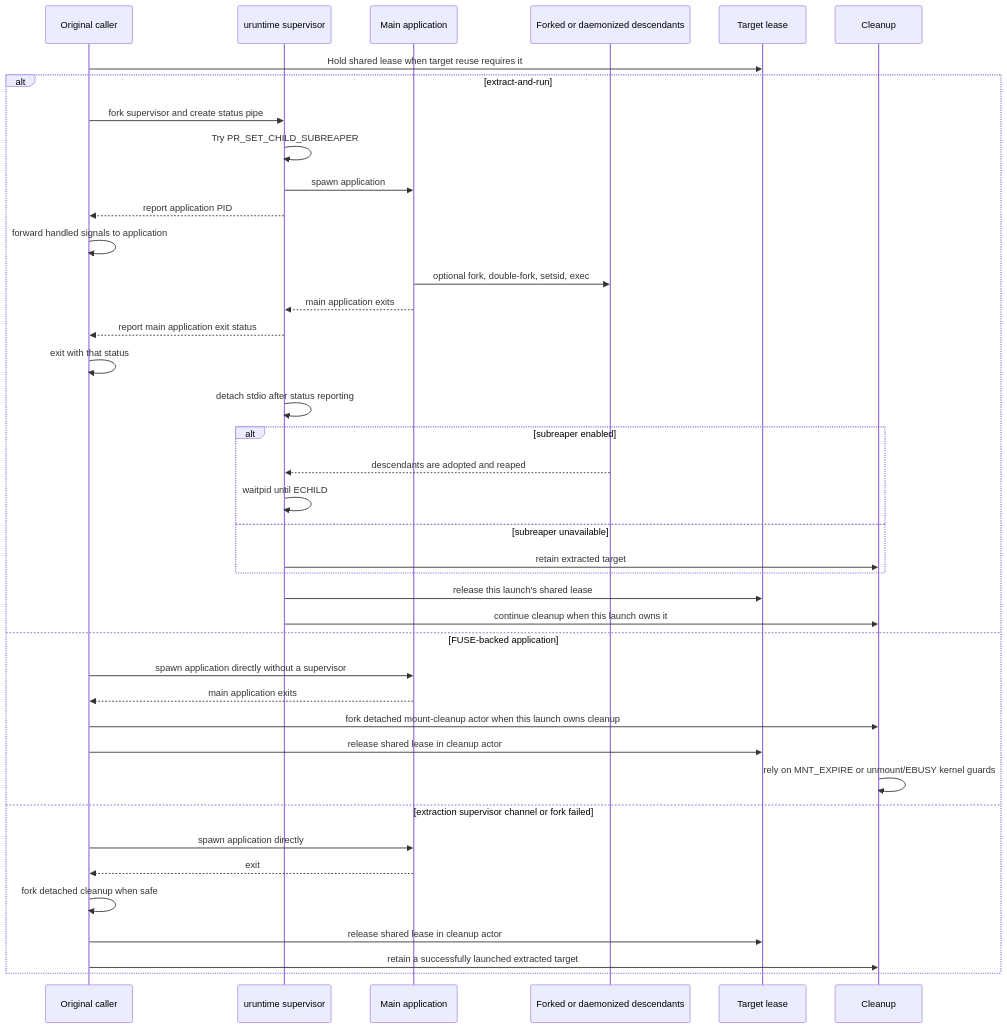
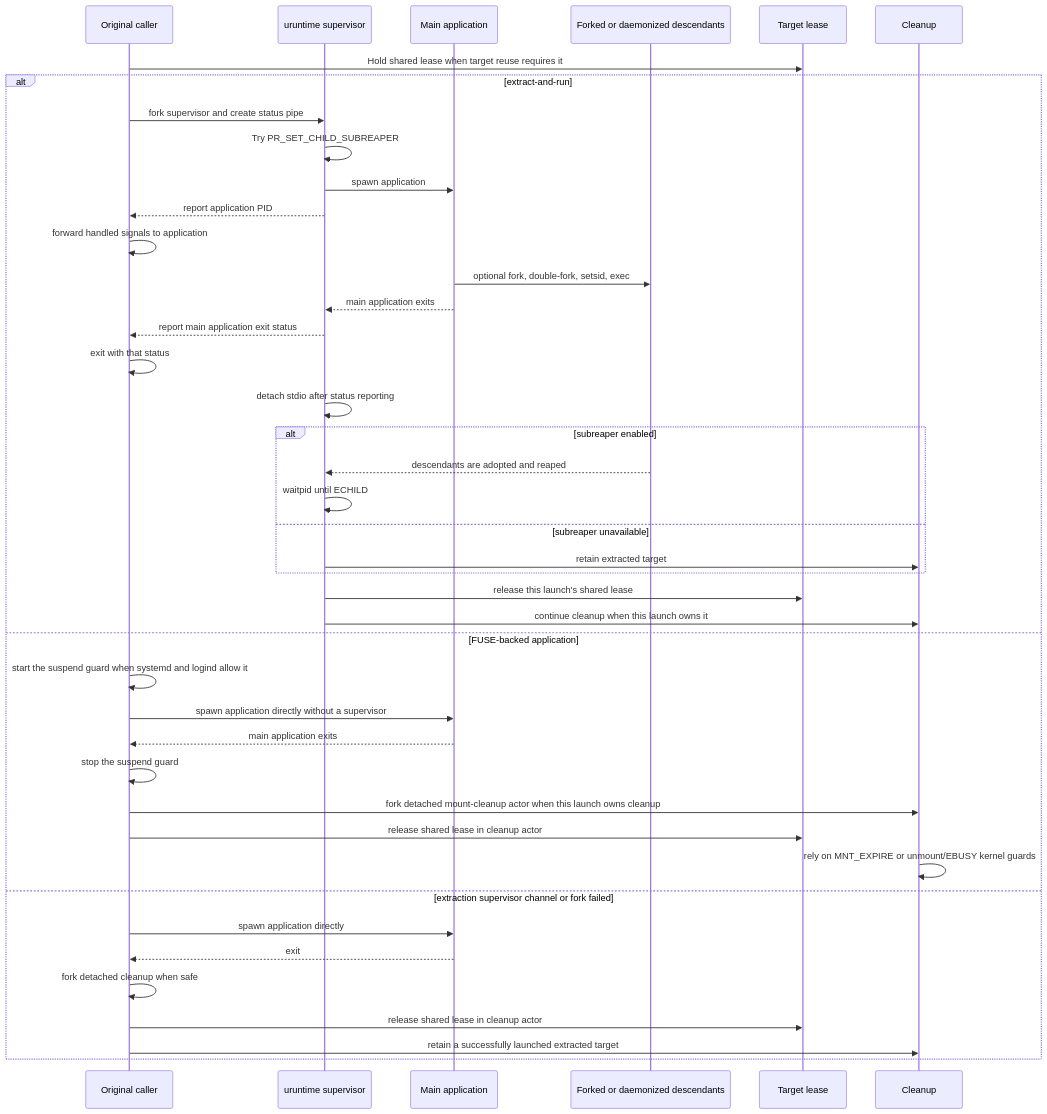
One commit to VHSgunzo/uruntime changed the fourth of 7 diagrams in docs/APPLICATION_LIFECYCLE.md. Above: the diagram before and after it, drawn with Mermaid. The commit also changed other lines of this file and 9 other files, not shown here.

First line of the commit message:
Add suspend guard for FUSE-backed launches

````diff
--- a/docs/APPLICATION_LIFECYCLE.md
+++ b/docs/APPLICATION_LIFECYCLE.md
@@ -573,43 +579,45 @@
 ```mermaid
 sequenceDiagram
     participant C as Original caller
     participant S as uruntime supervisor
     participant A as Main application
     participant D as Forked or daemonized descendants
     participant L as Target lease
     participant K as Cleanup
 
     C->>L: Hold shared lease when target reuse requires it
     alt extract-and-run
         C->>S: fork supervisor and create status pipe
         S->>S: Try PR_SET_CHILD_SUBREAPER
         S->>A: spawn application
         S-->>C: report application PID
         C->>C: forward handled signals to application
         A->>D: optional fork, double-fork, setsid, exec
         A-->>S: main application exits
         S-->>C: report main application exit status
         C->>C: exit with that status
         S->>S: detach stdio after status reporting
         alt subreaper enabled
             D-->>S: descendants are adopted and reaped
             S->>S: waitpid until ECHILD
         else subreaper unavailable
             S->>K: retain extracted target
         end
         S->>L: release this launch's shared lease
         S->>K: continue cleanup when this launch owns it
     else FUSE-backed application
+        C->>C: start the suspend guard when systemd and logind allow it
         C->>A: spawn application directly without a supervisor
         A-->>C: main application exits
+        C->>C: stop the suspend guard
         C->>K: fork detached mount-cleanup actor when this launch owns cleanup
         C->>L: release shared lease in cleanup actor
         K->>K: rely on MNT_EXPIRE or unmount/EBUSY kernel guards
     else extraction supervisor channel or fork failed
         C->>A: spawn application directly
         A-->>C: exit
         C->>C: fork detached cleanup when safe
         C->>L: release shared lease in cleanup actor
         C->>K: retain a successfully launched extracted target
     end
 ```
````
